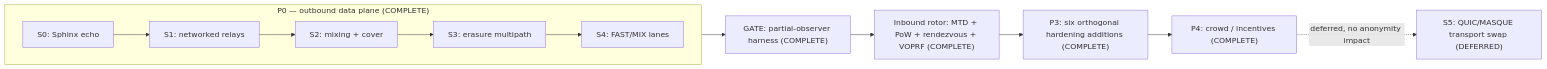
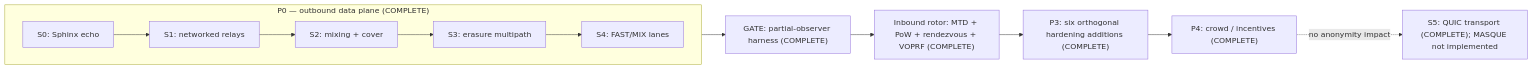
The diagram in docs/ROADMAP.md (rupeshbharambe24/Gyre), drawn with Mermaid before and after one commit. The commit also changed other lines of this file and 14 other files, not shown here.

First line of the commit message:
S5: QUIC transport with consensus-pinned relay certificates

````diff
--- a/docs/ROADMAP.md
+++ b/docs/ROADMAP.md
@@ -129,12 +129,12 @@
 ```mermaid
 flowchart LR
     subgraph P0 ["P0 — outbound data plane (COMPLETE)"]
         direction LR
         S0["S0: Sphinx echo"] --> S1["S1: networked relays"] --> S2["S2: mixing + cover"] --> S3["S3: erasure multipath"] --> S4["S4: FAST/MIX lanes"]
     end
     P0 --> GATE["GATE: partial-observer harness (COMPLETE)"]
     GATE --> IN["Inbound rotor: MTD + PoW + rendezvous + VOPRF (COMPLETE)"]
     IN --> P3["P3: six orthogonal hardening additions (COMPLETE)"]
     P3 --> P4["P4: crowd / incentives (COMPLETE)"]
-    P4 -. deferred, no anonymity impact .-> S5["S5: QUIC/MASQUE transport swap (DEFERRED)"]
+    P4 -. no anonymity impact .-> S5["S5: QUIC transport (COMPLETE); MASQUE not implemented"]
 ```
````
